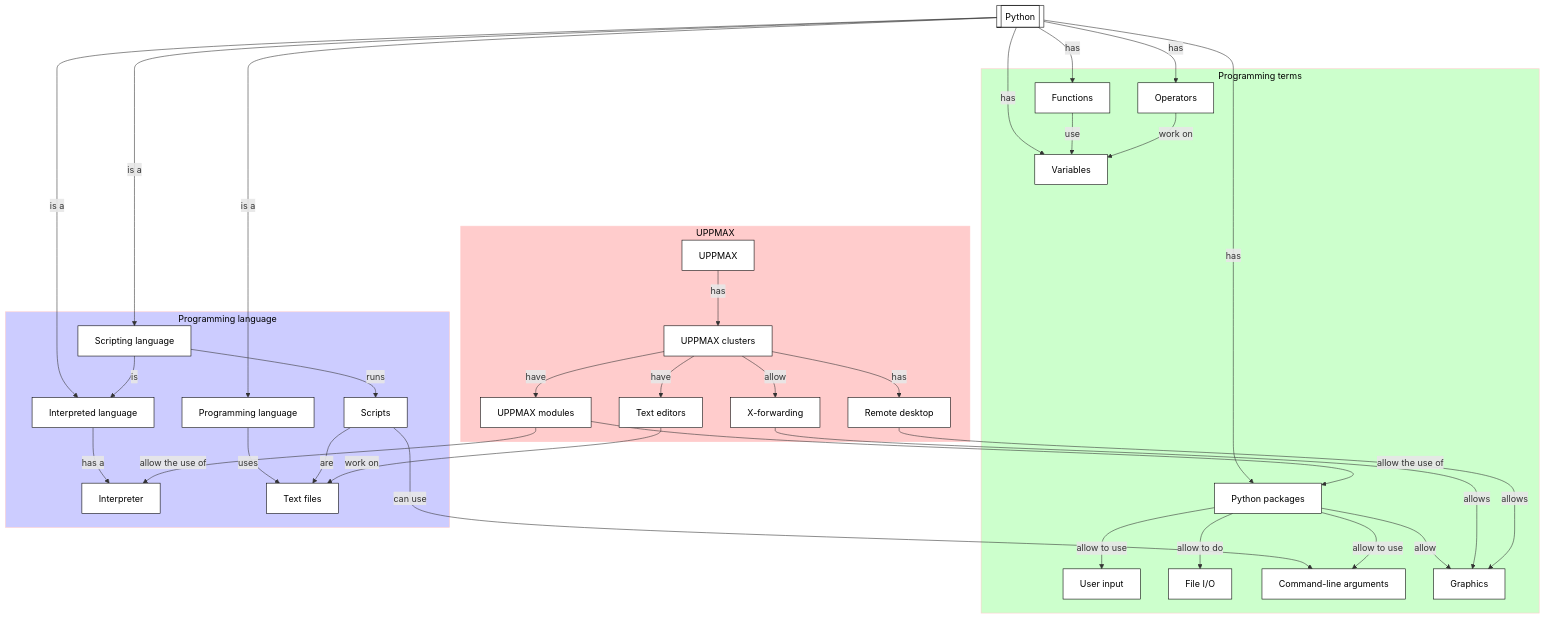
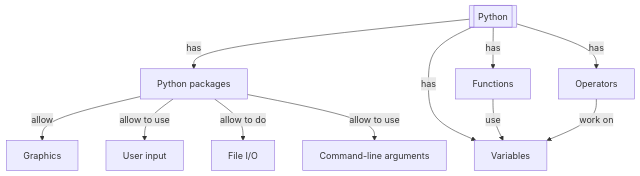
Before and after one commit to UPPMAX/uppmax_intro_python: the diagram in docs/sessions/introduction_basic_python.md, drawn with Mermaid. The commit also changed other lines of this file and 2 other files, not shown here.

````diff
--- a/docs/sessions/introduction_basic_python.md
+++ b/docs/sessions/introduction_basic_python.md
@@ -46,75 +27,26 @@
 ```mermaid
 flowchart TD
-    python[[Python]]
+  python[[Python]]
 
-    %% Give a white background to all nodes, instead of a transparent one
-    classDef node fill:#fff,color:#000,stroke:#000
 
-    subgraph sub_programming_language[Programming language]
-      interpreted_language[Interpreted language]
-      programming_language[Programming language]
-      scripting_language[Scripting language]
-      interpreter[Interpreter]
-      scripts[Scripts]
-      text_files[Text files]
-    end
-    style sub_programming_language fill:#ccf,color:#000,stroke:#fcc
+  user_input[User input]
+  file_io[File I/O]
+  command_line_arguments[Command-line arguments]
+  variables[Variables]
+  operators[Operators]
+  functions[Functions]
+  python_packages[Python packages]
+  graphics[Graphics]
 
-    subgraph sub_programming_terms[Programming terms]
-      user_input[User input]
-      file_io[File I/O]
-      command_line_arguments[Command-line arguments]
-      variables[Variables]
-      operators[Operators]
-      functions[Functions]
-      python_packages[Python packages]
-      graphics[Graphics]
-    end 
-    style sub_programming_terms fill:#cfc,color:#000,stroke:#fcc
 
-    subgraph sub_uppmax[UPPMAX]
-      uppmax[UPPMAX]
-      uppmax_modules[UPPMAX modules]
-      uppmax_clusters[UPPMAX clusters]
-      text_editors[Text editors]
-      x_forwarding[X-forwarding]
-      remote_desktop[Remote desktop]
-    end
-    style sub_uppmax fill:#fcc,color:#000,stroke:#fcc
-
-    python --> |is a| programming_language
-    python --> |is a| interpreted_language
-    python --> |is a| scripting_language
-
-    programming_language --> |uses| text_files
-    interpreted_language --> |has a| interpreter
-    scripting_language --> |is|interpreted_language
-    scripting_language --> |runs| scripts
-    scripts --> |are| text_files
-    scripts --> |can use| command_line_arguments
-
-    python --> |has| python_packages
-    python --> |has| variables
-    python --> |has| functions
-    python --> |has| operators
-    functions --> |use| variables
-    operators --> |work on| variables
-    python_packages --> |allow| graphics
-    python_packages --> |allow to use| user_input
-    python_packages --> |allow to do| file_io
-    python_packages --> |allow to use| command_line_arguments
-
-    uppmax --> |has| uppmax_clusters
-    uppmax_clusters --> |have| uppmax_modules
-    uppmax_clusters --> |have| text_editors
-    uppmax_clusters --> |allow| x_forwarding
-    uppmax_clusters --> |has| remote_desktop
-    uppmax_modules --> |allow the use of| python_packages
-    uppmax_modules --> |allow the use of| interpreter
-
-    text_editors --> |work on|text_files
-    x_forwarding --> |allows|graphics
-    remote_desktop --> |allows|graphics
-    
-    variables ~~~ uppmax
+  python --> |has| python_packages
+  python --> |has| variables
+  python --> |has| functions
+  python --> |has| operators
+  functions --> |use| variables
+  operators --> |work on| variables
+  python_packages --> |allow| graphics
+  python_packages --> |allow to use| user_input
+  python_packages --> |allow to do| file_io
+  python_packages --> |allow to use| command_line_arguments
 ```
````
